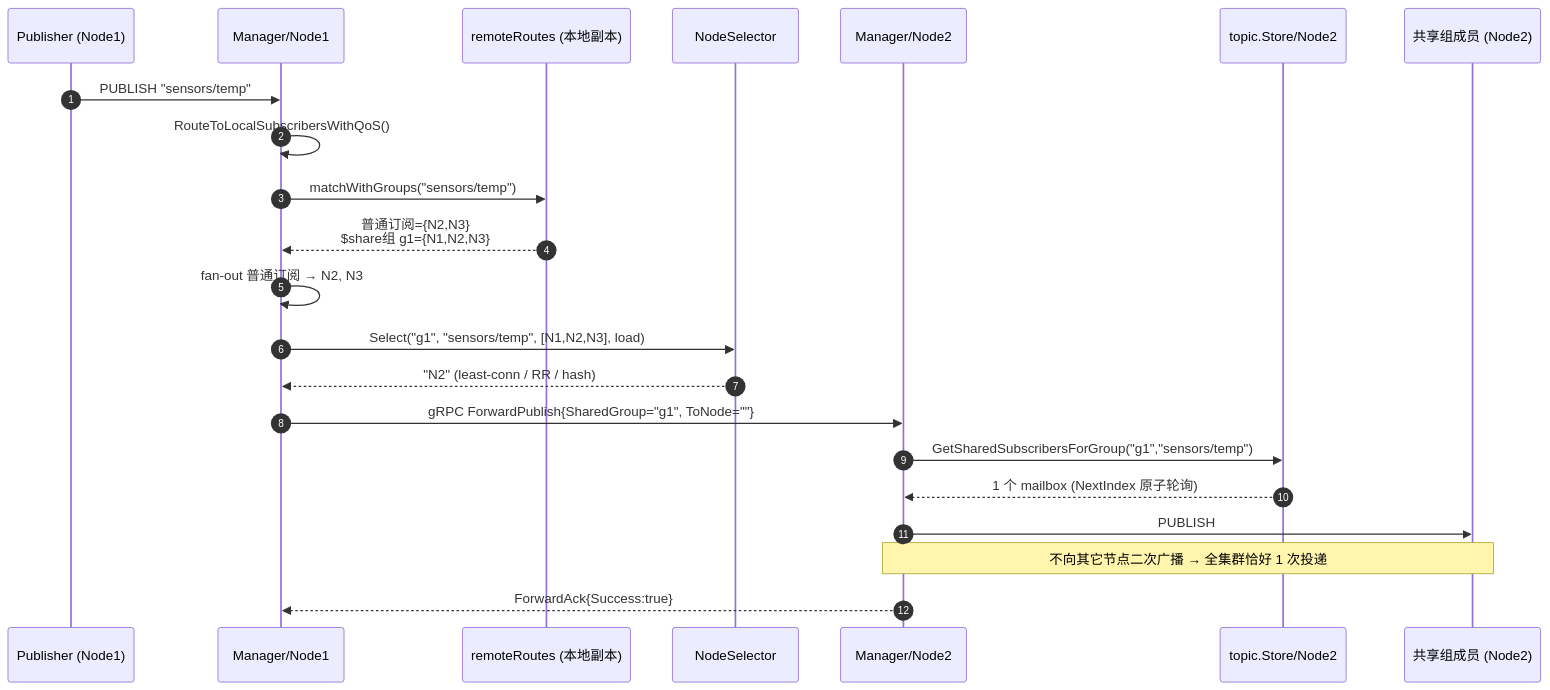
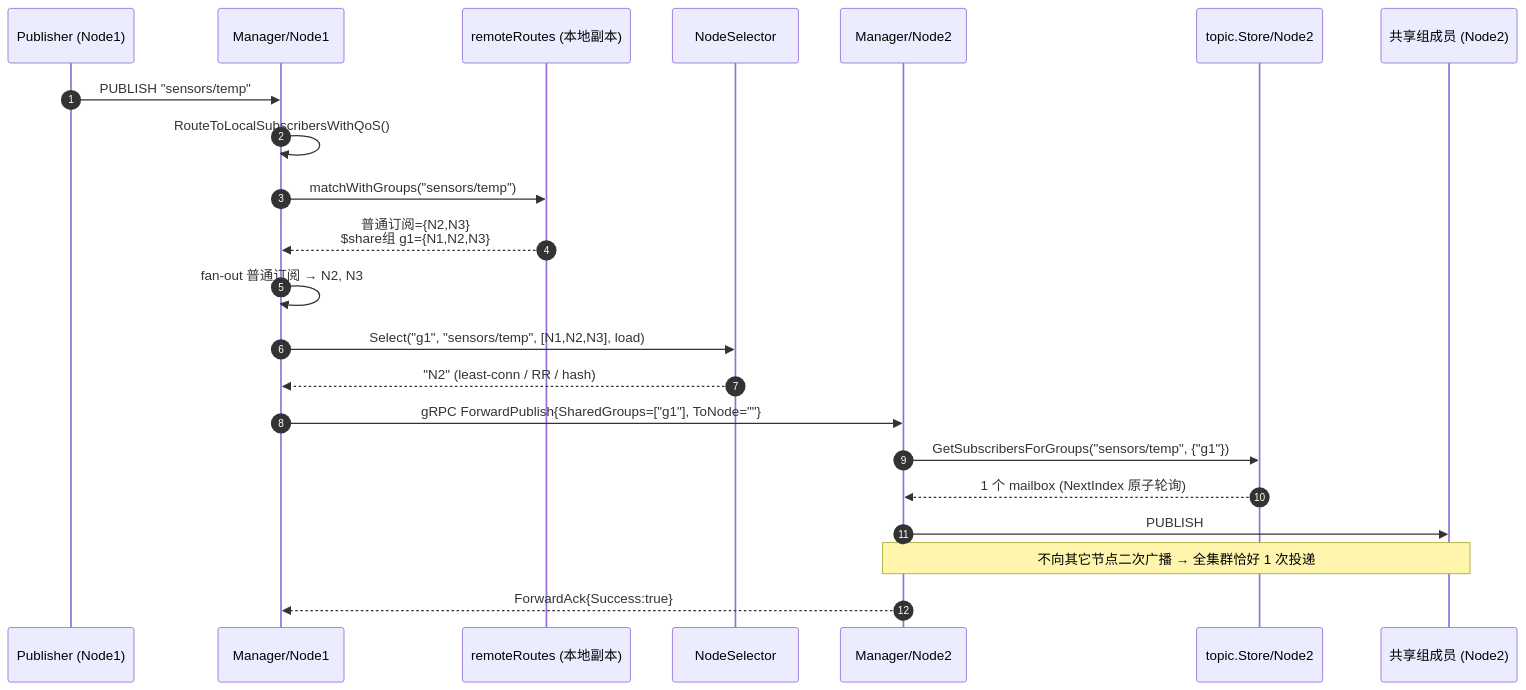
Before and after one commit to RiemannChow/GroveMQ: the second of 3 diagrams in docs/design/LOAD_BALANCING.md, drawn with Mermaid. The commit also changed other lines of this file, not shown here.

````diff
--- a/docs/design/LOAD_BALANCING.md
+++ b/docs/design/LOAD_BALANCING.md
@@ -326,26 +332,26 @@
 ```mermaid
 sequenceDiagram
     autonumber
     participant P as Publisher (Node1)
     participant M1 as Manager/Node1
     participant RT as remoteRoutes (本地副本)
     participant S as NodeSelector
     participant M2 as Manager/Node2
     participant ST as topic.Store/Node2
     participant SB as 共享组成员 (Node2)
 
     P->>M1: PUBLISH "sensors/temp"
     M1->>M1: RouteToLocalSubscribersWithQoS()
     M1->>RT: matchWithGroups("sensors/temp")
     RT-->>M1: 普通订阅={N2,N3}<br/>$share组 g1={N1,N2,N3}
     M1->>M1: fan-out 普通订阅 → N2, N3
 
     M1->>S: Select("g1", "sensors/temp", [N1,N2,N3], load)
     S-->>M1: "N2"  (least-conn / RR / hash)
-    M1->>M2: gRPC ForwardPublish{SharedGroup="g1", ToNode=""}
-    M2->>ST: GetSharedSubscribersForGroup("g1","sensors/temp")
+    M1->>M2: gRPC ForwardPublish{SharedGroups=["g1"], ToNode=""}
+    M2->>ST: GetSubscribersForGroups("sensors/temp", {"g1"})
     ST-->>M2: 1 个 mailbox (NextIndex 原子轮询)
     M2->>SB: PUBLISH
     Note over M2,SB: 不向其它节点二次广播 → 全集群恰好 1 次投递
     M2-->>M1: ForwardAck{Success:true}
 ```
````
